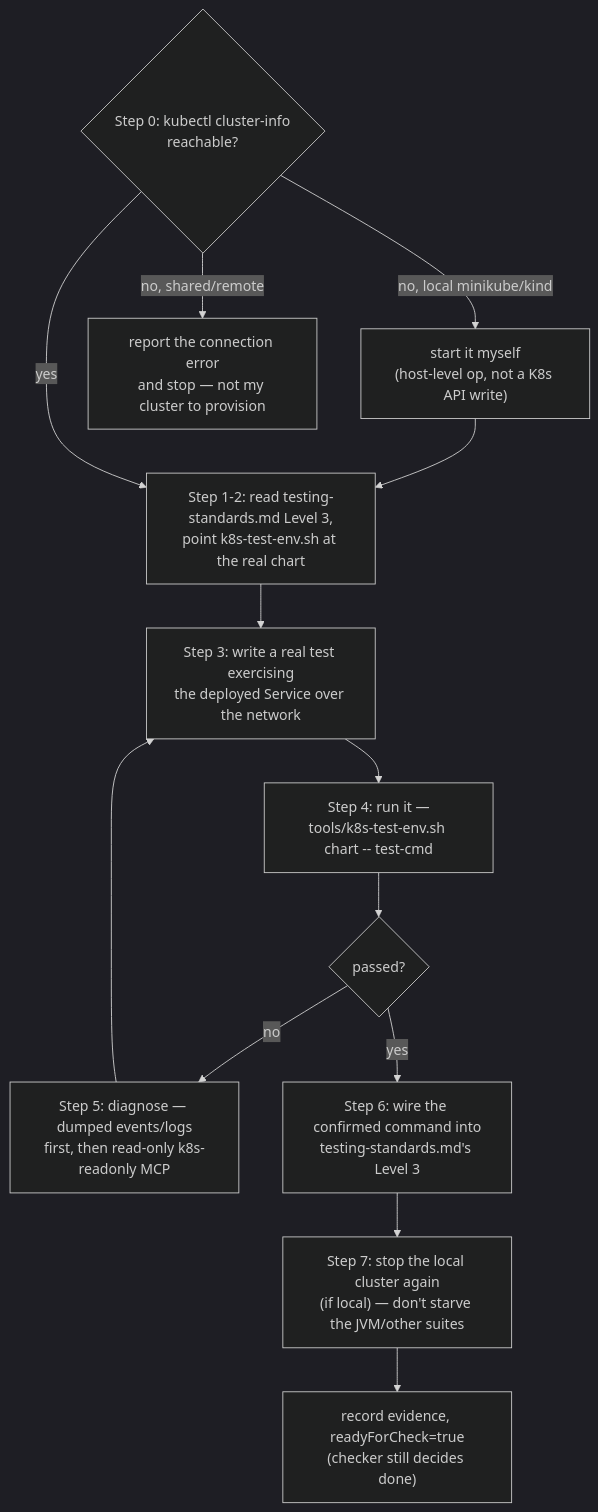
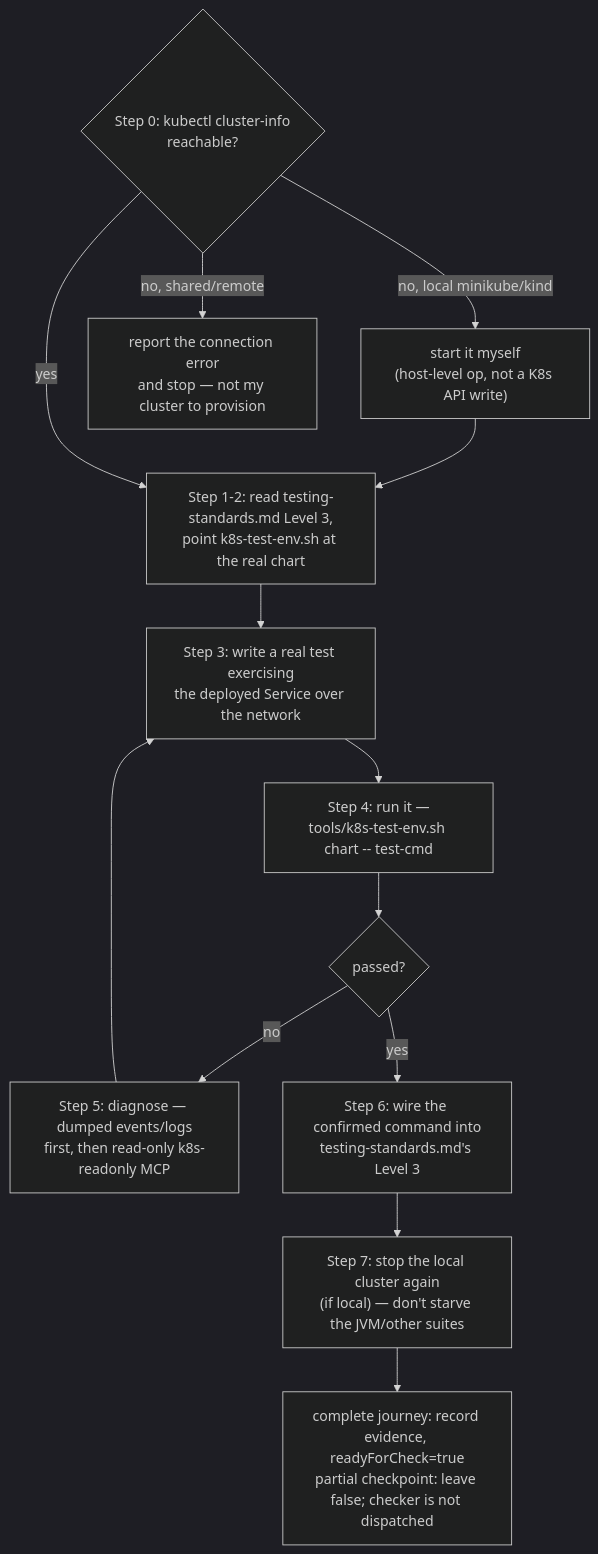
The third of 4 diagrams in harness-loop/references/workflow-diagram.md (truonghedspi/harness), drawn with Mermaid (dark theme) before and after one commit. The commit also changed other lines of this file and 15 other files, not shown here.

````diff
--- a/harness-loop/references/workflow-diagram.md
+++ b/harness-loop/references/workflow-diagram.md
@@ -129,16 +134,16 @@
 ```mermaid
 flowchart TD
     S0{"Step 0: kubectl cluster-info\nreachable?"}
     S0 -- no, local minikube/kind --> S0a["start it myself\n(host-level op, not a K8s API write)"]
     S0 -- no, shared/remote --> S0b["report the connection error\nand stop — not my cluster to provision"]
     S0a --> S1
     S0 -- yes --> S1["Step 1-2: read testing-standards.md Level 3,\npoint k8s-test-env.sh at the real chart"]
     S1 --> S2["Step 3: write a real test exercising\nthe deployed Service over the network"]
     S2 --> S3["Step 4: run it —\ntools/k8s-test-env.sh chart -- test-cmd"]
     S3 --> S4{"passed?"}
     S4 -- no --> S5["Step 5: diagnose — dumped events/logs\nfirst, then read-only k8s-readonly MCP"]
     S5 --> S2
     S4 -- yes --> S6["Step 6: wire the confirmed command into\ntesting-standards.md's Level 3"]
     S6 --> S7["Step 7: stop the local cluster again\n(if local) — don't starve the JVM/other suites"]
-    S7 --> S8["record evidence, readyForCheck=true\n(checker still decides done)"]
+    S7 --> S8["complete journey: record evidence, readyForCheck=true\npartial checkpoint: leave false; checker is not dispatched"]
 ```
````
